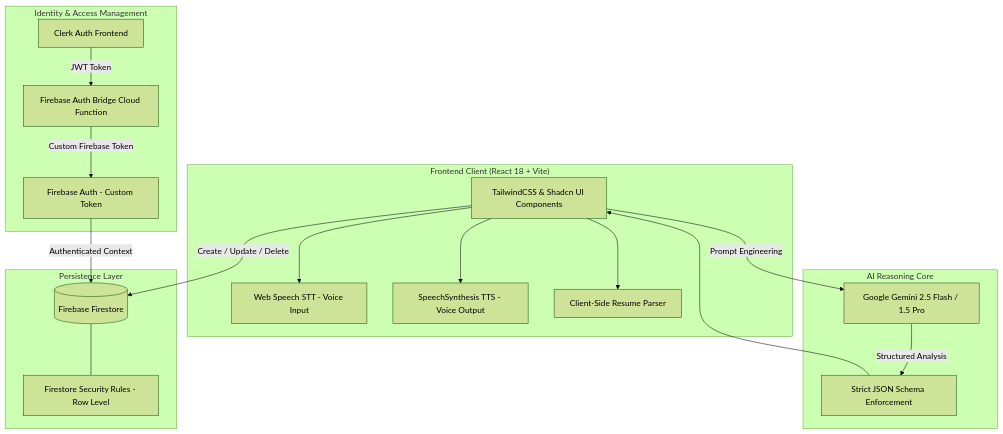
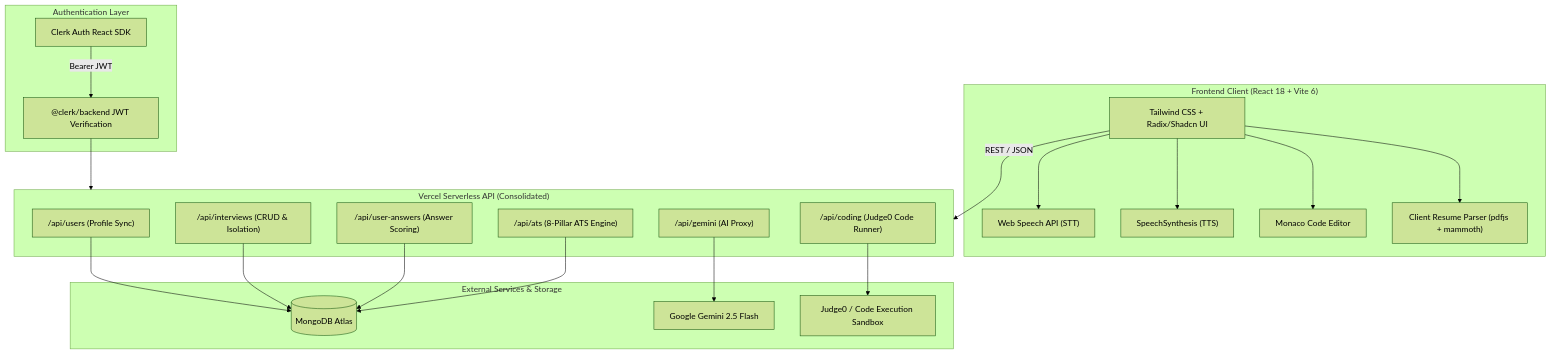
One commit to Ajaykumaryadav-Aj/ai-mock-interview-platform changed the diagram in README.md. Above: the diagram before and after it, drawn with Mermaid (forest theme). The commit also changed other lines of this file and 1 other file, not shown here.

````diff
--- a/README.md
+++ b/README.md
@@ -78,37 +95,45 @@
 ```mermaid
 flowchart TD
-    subgraph Client["Frontend Client (React 18 + Vite)"]
-        UI[TailwindCSS & Shadcn UI Components]
-        STT[Web Speech STT - Voice Input]
-        TTS[SpeechSynthesis TTS - Voice Output]
-        Resume[Client-Side Resume Parser]
+    subgraph Client["Frontend Client (React 18 + Vite 6)"]
+        UI["Tailwind CSS + Radix/Shadcn UI"]
+        STT["Web Speech API (STT)"]
+        TTS["SpeechSynthesis (TTS)"]
+        Monaco["Monaco Code Editor"]
+        ResumeParser["Client Resume Parser (pdfjs + mammoth)"]
     end
 
-    subgraph Auth["Identity & Access Management"]
-        Clerk[Clerk Auth Frontend]
-        Bridge[Firebase Auth Bridge Cloud Function]
-        FAuth[Firebase Auth - Custom Token]
+    subgraph Auth["Authentication Layer"]
+        ClerkFrontend["Clerk Auth React SDK"]
+        ClerkBackend["@clerk/backend JWT Verification"]
     end
 
-    subgraph AI["AI Reasoning Core"]
-        Gemini[Google Gemini 2.5 Flash / 1.5 Pro]
-        Schema[Strict JSON Schema Enforcement]
+    subgraph Serverless["Vercel Serverless API (Consolidated)"]
+        ApiUsers["/api/users (Profile Sync)"]
+        ApiInterviews["/api/interviews (CRUD & Isolation)"]
+        ApiAnswers["/api/user-answers (Answer Scoring)"]
+        ApiGemini["/api/gemini (AI Proxy)"]
+        ApiCoding["/api/coding (Judge0 Code Runner)"]
+        ApiAts["/api/ats (8-Pillar ATS Engine)"]
     end
 
-    subgraph Data["Persistence Layer"]
-        Firestore[(Firebase Firestore)]
-        Rules[Firestore Security Rules - Row Level]
+    subgraph External["External Services & Storage"]
+        MongoAtlas[("MongoDB Atlas")]
+        GeminiAI["Google Gemini 2.5 Flash"]
+        Judge0["Judge0 / Code Execution Sandbox"]
     end
 
-    Clerk -->|JWT Token| Bridge
-    Bridge -->|Custom Firebase Token| FAuth
-    FAuth -->|Authenticated Context| Firestore
+    ClerkFrontend -->|Bearer JWT| ClerkBackend
+    ClerkBackend --> Serverless
     UI --> STT
     UI --> TTS
-    UI --> Resume
-    UI -->|Prompt Engineering| Gemini
-    Gemini -->|Structured Analysis| Schema
-    Schema --> UI
-    UI -->|Create / Update / Delete| Firestore
-    Firestore --- Rules
+    UI --> Monaco
+    UI --> ResumeParser
+    UI -->|REST / JSON| Serverless
+
+    ApiUsers --> MongoAtlas
+    ApiInterviews --> MongoAtlas
+    ApiAnswers --> MongoAtlas
+    ApiAts --> MongoAtlas
+    ApiGemini --> GeminiAI
+    ApiCoding --> Judge0
 ```
````
